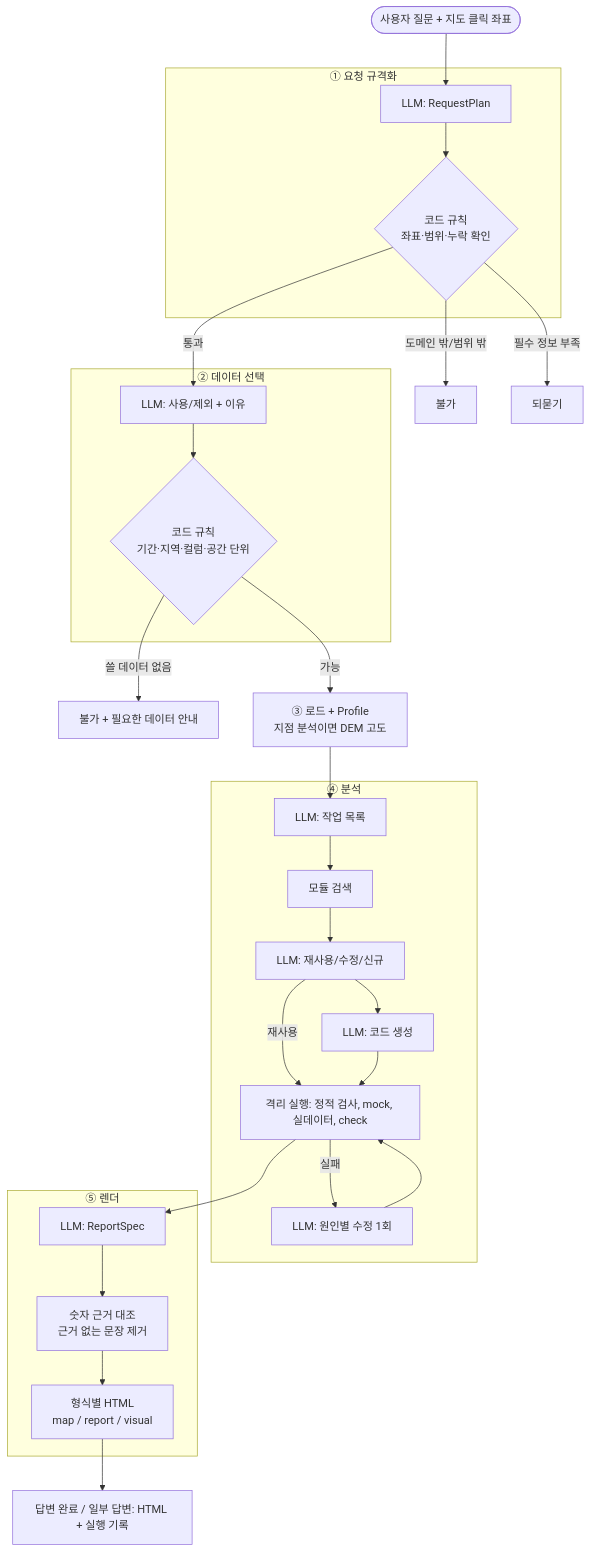
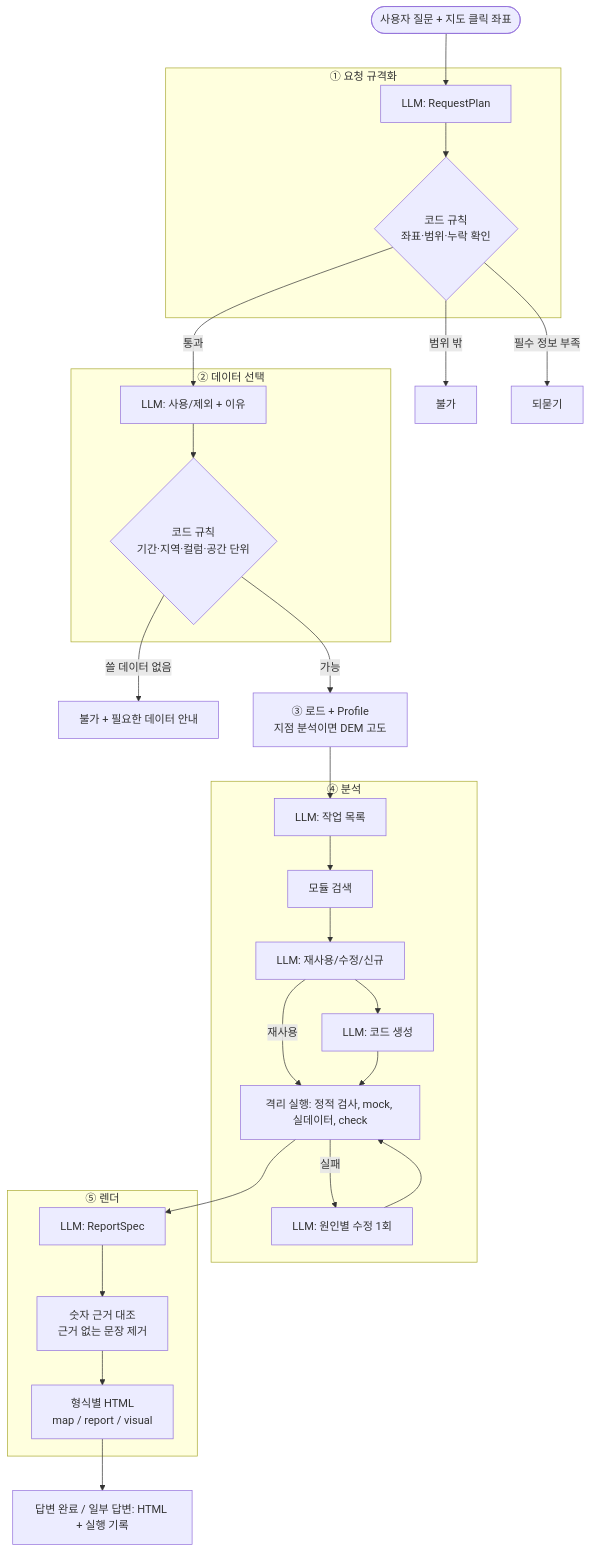
One commit to sungwanim/JejuDevoon changed the diagram in docs/submission/result-summary.md. Above: the diagram before and after it, drawn with Mermaid. The commit also changed other lines of this file and 28 other files, not shown here.

````diff
--- a/docs/submission/result-summary.md
+++ b/docs/submission/result-summary.md
@@ -13,30 +13,30 @@
 ```mermaid
 flowchart TD
     U([사용자 질문 + 지도 클릭 좌표]) --> P
     subgraph S1[① 요청 규격화]
         P[LLM: RequestPlan] --> PG{코드 규칙<br/>좌표·범위·누락 확인}
     end
-    PG -- 도메인 밖/범위 밖 --> E1[불가]
+    PG -- 범위 밖 --> E1[불가]
     PG -- 필수 정보 부족 --> E2[되묻기]
     PG -- 통과 --> SD
     subgraph S2[② 데이터 선택]
         SD[LLM: 사용/제외 + 이유] --> SF{코드 규칙<br/>기간·지역·컬럼·공간 단위}
     end
     SF -- 쓸 데이터 없음 --> E3[불가 + 필요한 데이터 안내]
     SF -- 가능 --> LD[③ 로드 + Profile<br/>지점 분석이면 DEM 고도]
     LD --> PL
     subgraph S4[④ 분석]
         PL[LLM: 작업 목록] --> MS[모듈 검색]
         MS --> MD[LLM: 재사용/수정/신규]
         MD --> CG[LLM: 코드 생성]
         MD -- 재사용 --> VF
         CG --> VF[격리 실행: 정적 검사, mock, 실데이터, check]
         VF -- 실패 --> FX[LLM: 원인별 수정 1회]
         FX --> VF
     end
     VF --> RS
     subgraph S5[⑤ 렌더]
         RS[LLM: ReportSpec] --> NG[숫자 근거 대조<br/>근거 없는 문장 제거] --> TP[형식별 HTML<br/>map / report / visual]
     end
     TP --> E4[답변 완료 / 일부 답변: HTML + 실행 기록]
 ```
````
